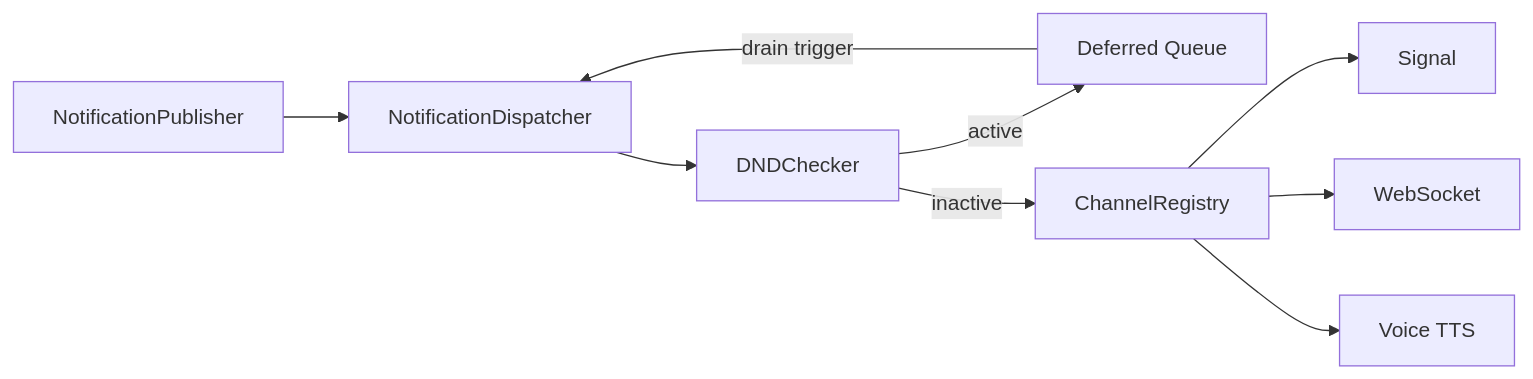
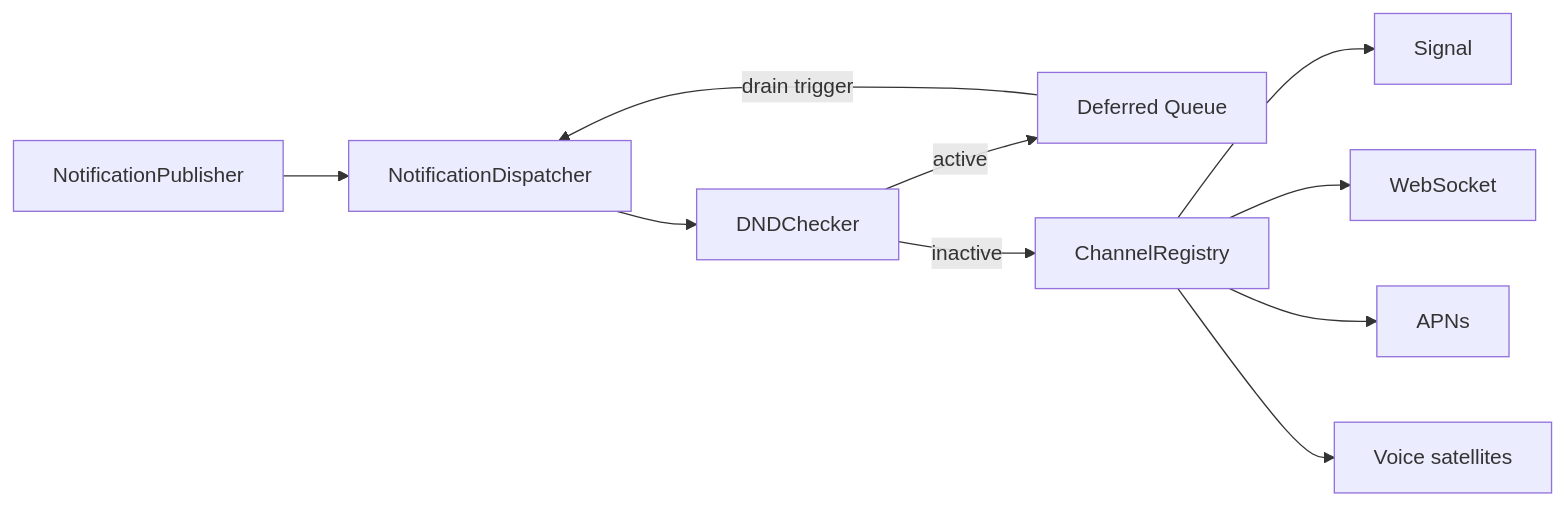
The fourth of 5 diagrams in docs/architecture.md (anirudhlath/alfred), drawn with Mermaid before and after one commit. The commit also changed other lines of this file and 1 other file, not shown here.

First paragraph of the commit message:
docs(architecture): draw the notification adapters that exist (#346)
## What & why

````diff
--- a/docs/architecture.md
+++ b/docs/architecture.md
@@ -766,11 +766,12 @@
 ```mermaid
 graph LR
     Pub[NotificationPublisher] --> Disp[NotificationDispatcher]
     Disp --> DND[DNDChecker]
     DND -->|active| Defer[Deferred Queue]
     DND -->|inactive| CR[ChannelRegistry]
     CR --> Signal[Signal]
     CR --> WS[WebSocket]
-    CR --> Voice[Voice TTS]
+    CR --> APNs[APNs]
+    CR --> Sat[Voice satellites]
     Defer -->|drain trigger| Disp
 ```
````
